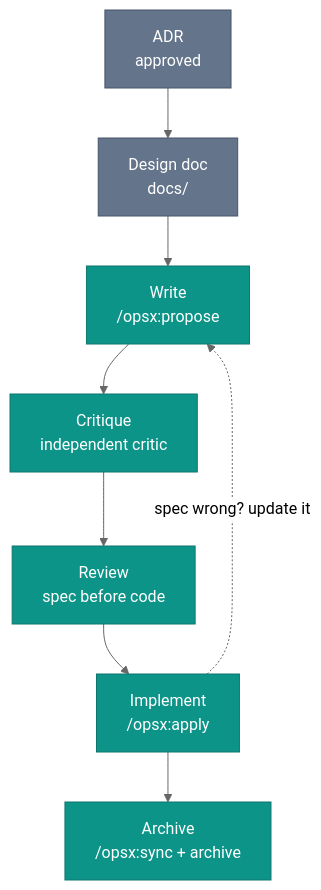
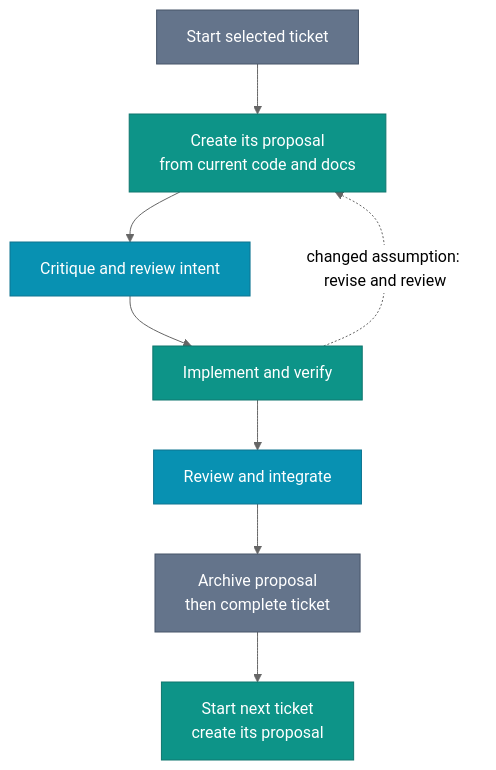
The diagram in content/spec-driven/spec-lifecycle.md (intent-engineering-for-coding-agents/book), drawn with Mermaid (neutral theme) before and after one commit. The commit also changed other lines of this file and 23 other files, not shown here.

````diff
--- a/content/spec-driven/spec-lifecycle.md
+++ b/content/spec-driven/spec-lifecycle.md
@@ -20,15 +16,14 @@
 ```mermaid
-graph TD
-    classDef pre fill:#64748b,stroke:#475569,color:#fff
-    classDef stage fill:#0d9488,stroke:#0f766e,color:#fff
+flowchart TD
+    classDef coordination fill:#64748b,stroke:#475569,color:#fff
+    classDef work fill:#0d9488,stroke:#0f766e,color:#fff
+    classDef evidence fill:#0891b2,stroke:#0e7490,color:#fff
 
-    ADR[ADR<br/>approved]:::pre --> DD["Design doc<br/>docs/"]:::pre
-    DD --> W
-
-    W["Write<br/>/opsx:propose"]:::stage --> C[Critique<br/>independent critic]:::stage
-    C --> R[Review<br/>spec before code]:::stage
-    R --> I["Implement<br/>/opsx:apply"]:::stage
-    I --> A["Archive<br/>/opsx:sync + archive"]:::stage
-
-    I -. spec wrong? update it .-> W
+    T["Start selected ticket"]:::coordination --> W["Create its proposal<br>from current code and docs"]:::work
+    W --> R["Critique and review intent"]:::evidence
+    R --> I["Implement and verify"]:::work
+    I --> M["Review and integrate"]:::evidence
+    M --> A["Archive proposal<br>then complete ticket"]:::coordination
+    A --> N["Start next ticket<br>create its proposal"]:::work
+    I -. "changed assumption: revise and review" .-> W
 ```
````
